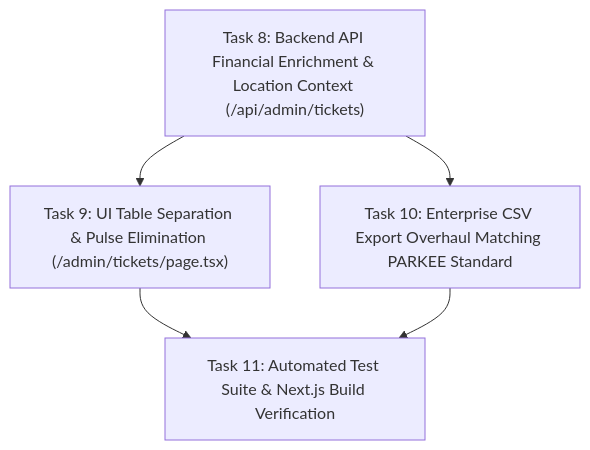
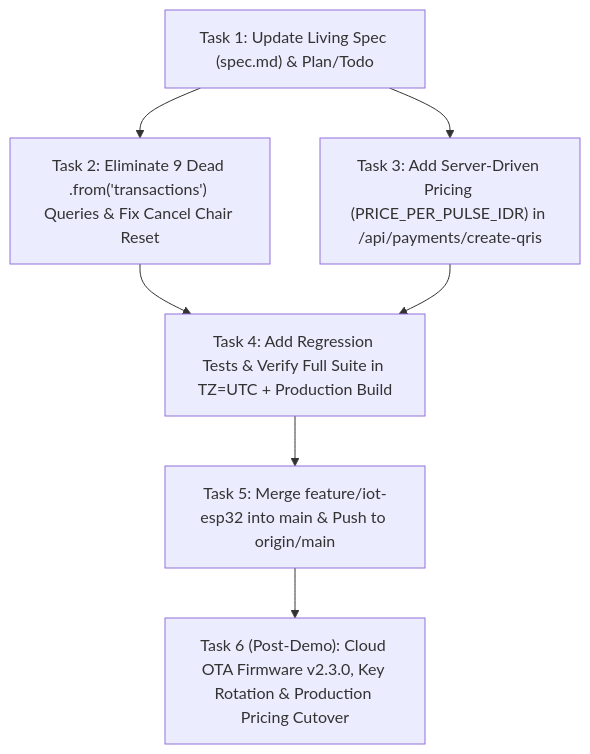
One commit to SmartChairSakura/Sakura-Massage-Chair changed the diagram in tasks/plan.md. Above: the diagram before and after it, drawn with Mermaid. The commit also changed other lines of this file and 12 other files, not shown here.

Commit message:
refactor(api,payment): add server-driven PRICE_PER_PULSE_IDR and remove dead legacy transactions queries

````diff
--- a/tasks/plan.md
+++ b/tasks/plan.md
@@ -57,7 +17,9 @@
 ```mermaid
 flowchart TD
-  T8["Task 8: Backend API Financial Enrichment & Location Context (/api/admin/tickets)"] --> T9["Task 9: UI Table Separation & Pulse Elimination (/admin/tickets/page.tsx)"]
-  T8 --> T10["Task 10: Enterprise CSV Export Overhaul Matching PARKEE Standard"]
-  T9 --> T11["Task 11: Automated Test Suite & Next.js Build Verification"]
-  T10 --> T11
+  T1["Task 1: Update Living Spec (spec.md) & Plan/Todo"] --> T2["Task 2: Eliminate 9 Dead .from('transactions') Queries & Fix Cancel Chair Reset"]
+  T1 --> T3["Task 3: Add Server-Driven Pricing (PRICE_PER_PULSE_IDR) in /api/payments/create-qris"]
+  T2 --> T4["Task 4: Add Regression Tests & Verify Full Suite in TZ=UTC + Production Build"]
+  T3 --> T4
+  T4 --> T5["Task 5: Merge feature/iot-esp32 into main & Push to origin/main"]
+  T5 --> T6["Task 6 (Post-Demo): Cloud OTA Firmware v2.3.0, Key Rotation & Production Pricing Cutover"]
 ```
````
